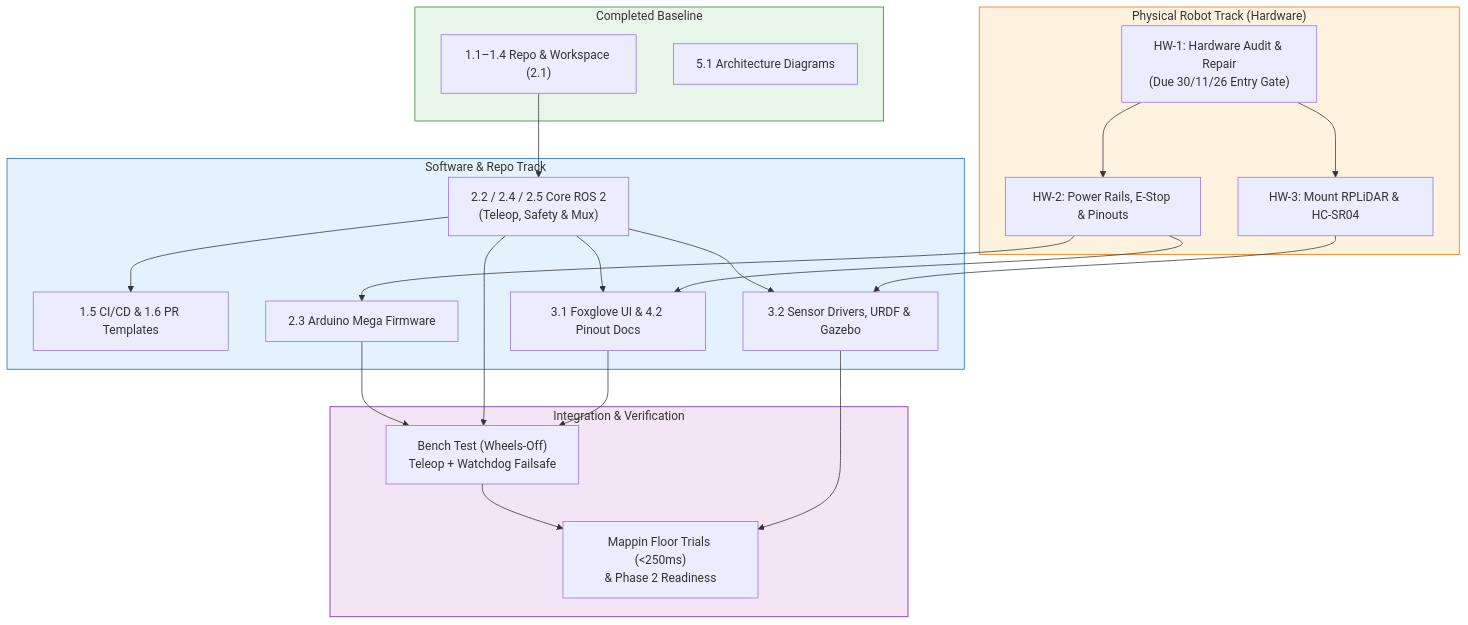
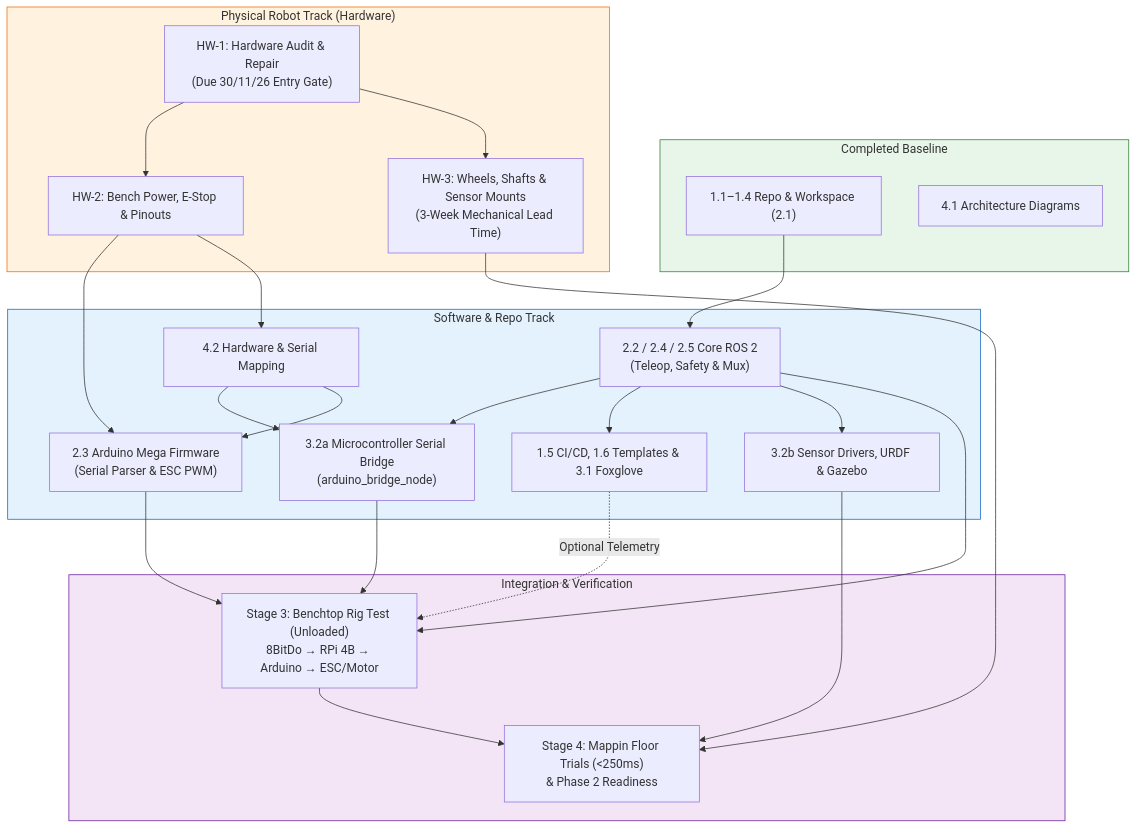
One commit to JinkoGH/Roboporter-V4 changed the diagram in docs/setup_tasks_V2.md. Above: the diagram before and after it, drawn with Mermaid. The commit also changed other lines of this file, not shown here.

````diff
--- a/docs/setup_tasks_V2.md
+++ b/docs/setup_tasks_V2.md
@@ -129,52 +126,58 @@
 ```mermaid
 flowchart TD
     subgraph Done ["Completed Baseline"]
         repo["1.1–1.4 Repo & Workspace (2.1)"]
-        diag["5.1 Architecture Diagrams"]
+        diag["4.1 Architecture Diagrams"]
     end
 
     subgraph HW ["Physical Robot Track (Hardware)"]
-        audit["HW-1: Hardware Audit & Repair<br>(Due 30/11/26 Entry Gate)"]
-        wiring["HW-2: Power Rails, E-Stop & Pinouts"]
-        sensors_hw["HW-3: Mount RPLiDAR & HC-SR04"]
+        audit["HW-1: Hardware Audit & Repair<br/>(Due 30/11/26 Entry Gate)"]
+        wiring["HW-2: Bench Power, E-Stop & Pinouts"]
+        chassis["HW-3: Wheels, Shafts & Sensor Mounts<br/>(3-Week Mechanical Lead Time)"]
     end
 
     subgraph SW ["Software & Repo Track"]
-        core_ros["2.2 / 2.4 / 2.5 Core ROS 2<br>(Teleop, Safety & Mux)"]
-        ci["1.5 CI/CD & 1.6 PR Templates"]
-        firmware["2.3 Arduino Mega Firmware"]
-        docs_ui["3.1 Foxglove UI & 4.2 Pinout Docs"]
-        sim_drv["3.2 Sensor Drivers, URDF & Gazebo"]
+        core_ros["2.2 / 2.4 / 2.5 Core ROS 2<br/>(Teleop, Safety & Mux)"]
+        bridge["3.2a Microcontroller Serial Bridge<br/>(arduino_bridge_node)"]
+        firmware["2.3 Arduino Mega Firmware<br/>(Serial Parser & ESC PWM)"]
+        docs_pin["4.2 Hardware & Serial Mapping"]
+        ci_ui["1.5 CI/CD, 1.6 Templates & 3.1 Foxglove"]
+        sim_drv["3.2b Sensor Drivers, URDF & Gazebo"]
     end
 
     subgraph Test ["Integration & Verification"]
-        bench["Bench Test (Wheels-Off)<br>Teleop + Watchdog Failsafe"]
-        floor["Mappin Floor Trials (<250ms)<br>& Phase 2 Readiness"]
+        bench["Stage 3: Benchtop Rig Test (Unloaded)<br/>8BitDo → RPi 4B → Arduino → ESC/Motor"]
+        floor["Stage 4: Mappin Floor Trials (<250ms)<br/>& Phase 2 Readiness"]
     end
 
-    %% Dependencies
+    %% Software Dependencies
     repo --> core_ros
-    core_ros --> ci
-    core_ros --> docs_ui
+    core_ros --> bridge
+    core_ros --> ci_ui
     core_ros --> sim_drv
 
+    %% Hardware Dependencies
     audit --> wiring
-    audit --> sensors_hw
+    audit --> chassis
     wiring --> firmware
-    wiring --> docs_ui
+    wiring --> docs_pin
+    docs_pin --> bridge
+    docs_pin --> firmware
 
+    %% Stage 3 Bench Convergence (Decoupled from Wheels/Shafts)
     firmware --> bench
     core_ros --> bench
-    docs_ui --> bench
+    bridge --> bench
+    ci_ui -.->|"Optional Telemetry"| bench
 
+    %% Stage 4 Floor Convergence
     bench --> floor
-    sensors_hw --> sim_drv
+    chassis --> floor
     sim_drv --> floor
 
     %% Styling
     style Done fill:#e8f5e9,stroke:#2e7d32
     style HW fill:#fff3e0,stroke:#ef6c00
     style SW fill:#e3f2fd,stroke:#1565c0
     style Test fill:#f3e5f5,stroke:#6a1b9a
-
 ```
````
